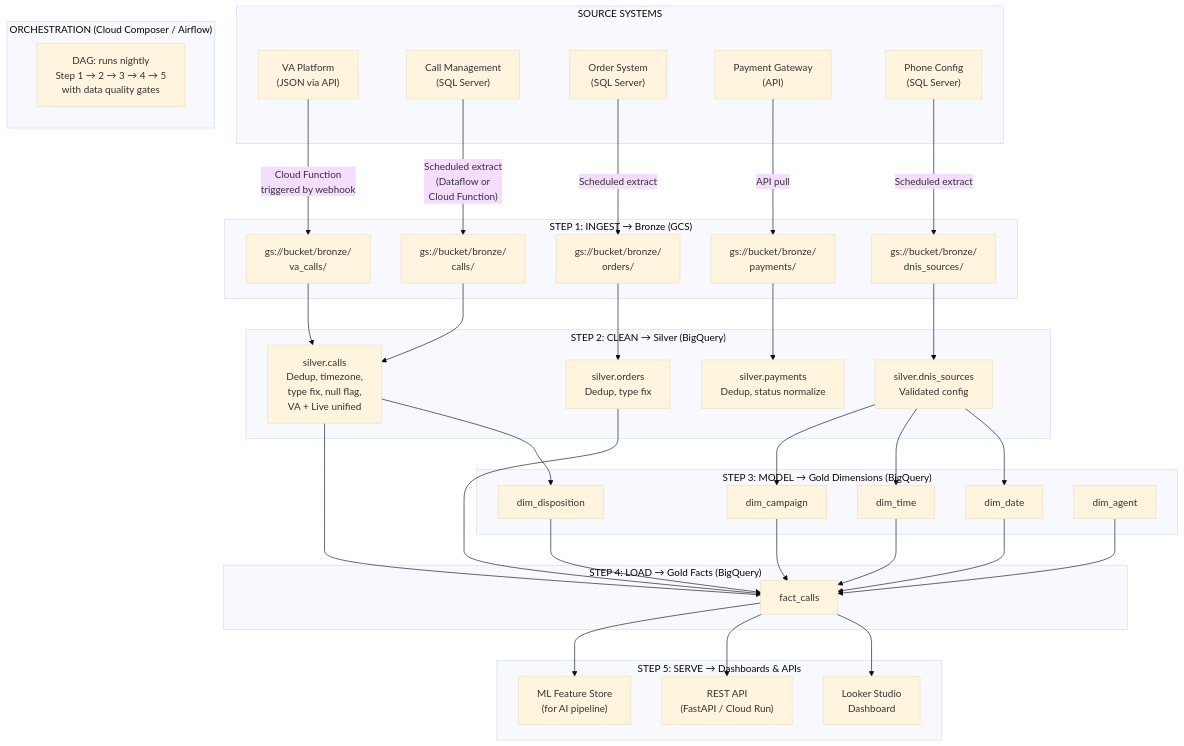
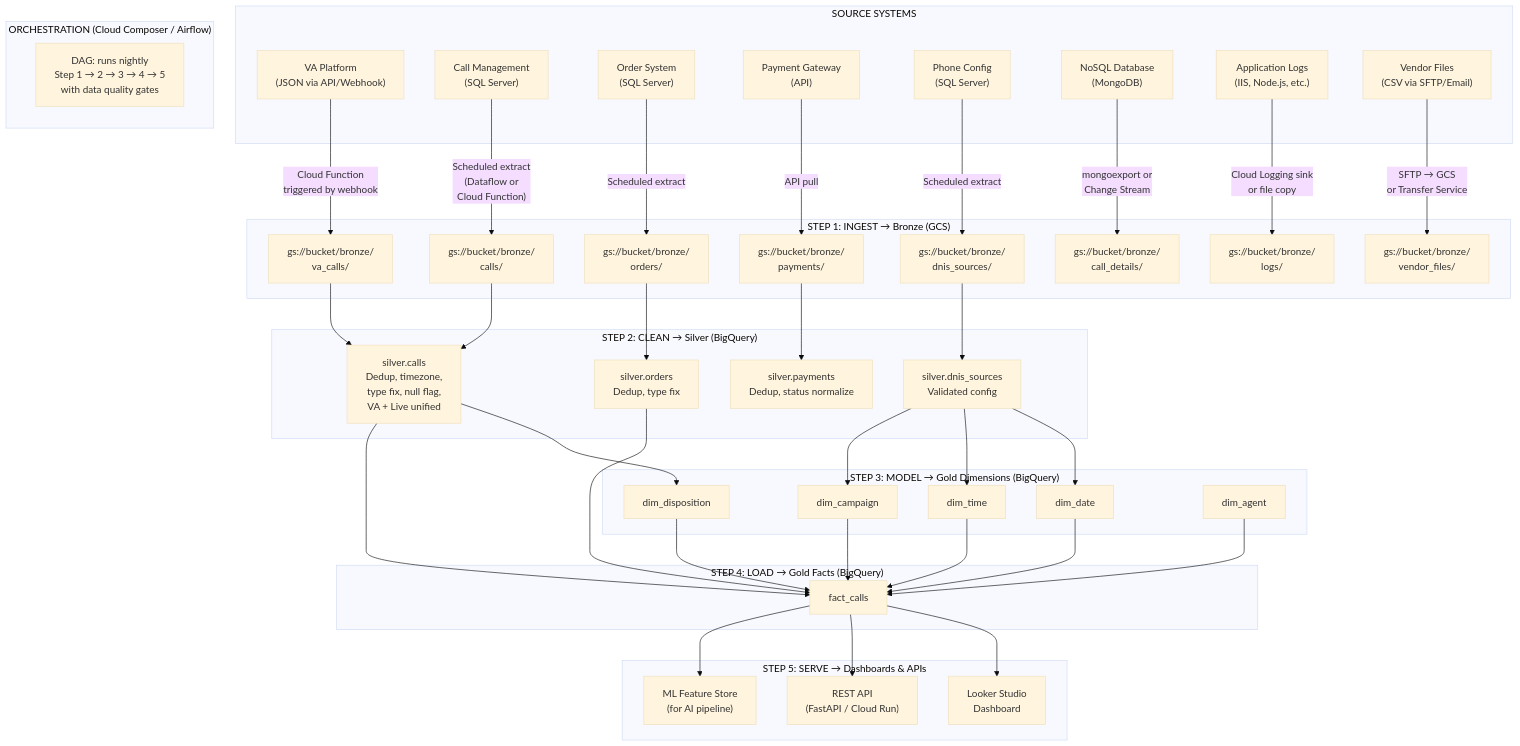
Before and after one commit to sunilmogadati/data-engineer-accelerator: the diagram in concepts/Star_Schema_Design/04_Pipeline_Process.md, drawn with Mermaid (base theme). The commit also changed other lines of this file, not shown here.

Commit message:
Add MongoDB/logs/vendor CSV ingestion, external tables (Athena equivalent), GCS folder date usage, when to use external vs native

````diff
--- a/concepts/Star_Schema_Design/04_Pipeline_Process.md
+++ b/concepts/Star_Schema_Design/04_Pipeline_Process.md
@@ -9,54 +9,60 @@
 ```mermaid
 graph TD
     subgraph "SOURCE SYSTEMS"
-        S1["VA Platform<br/>(JSON via API)"]
+        S1["VA Platform<br/>(JSON via API/Webhook)"]
         S2["Call Management<br/>(SQL Server)"]
         S3["Order System<br/>(SQL Server)"]
         S4["Payment Gateway<br/>(API)"]
         S5["Phone Config<br/>(SQL Server)"]
+        S6["NoSQL Database<br/>(MongoDB)"]
+        S7["Application Logs<br/>(IIS, Node.js, etc.)"]
+        S8["Vendor Files<br/>(CSV via SFTP/Email)"]
     end
 
     subgraph "STEP 1: INGEST → Bronze (GCS)"
         S1 -->|"Cloud Function<br/>triggered by webhook"| B1["gs://bucket/bronze/<br/>va_calls/"]
         S2 -->|"Scheduled extract<br/>(Dataflow or<br/>Cloud Function)"| B2["gs://bucket/bronze/<br/>calls/"]
         S3 -->|"Scheduled extract"| B3["gs://bucket/bronze/<br/>orders/"]
         S4 -->|"API pull"| B4["gs://bucket/bronze/<br/>payments/"]
         S5 -->|"Scheduled extract"| B5["gs://bucket/bronze/<br/>dnis_sources/"]
+        S6 -->|"mongoexport or<br/>Change Stream"| B6["gs://bucket/bronze/<br/>call_details/"]
+        S7 -->|"Cloud Logging sink<br/>or file copy"| B7["gs://bucket/bronze/<br/>logs/"]
+        S8 -->|"SFTP → GCS<br/>or Transfer Service"| B8["gs://bucket/bronze/<br/>vendor_files/"]
     end
 
     subgraph "STEP 2: CLEAN → Silver (BigQuery)"
         B1 --> SV["silver.calls<br/>Dedup, timezone,<br/>type fix, null flag,<br/>VA + Live unified"]
         B2 --> SV
         B3 --> SV2["silver.orders<br/>Dedup, type fix"]
         B4 --> SV3["silver.payments<br/>Dedup, status normalize"]
         B5 --> SV4["silver.dnis_sources<br/>Validated config"]
     end
 
     subgraph "STEP 3: MODEL → Gold Dimensions (BigQuery)"
         SV4 --> DIM1["dim_date"]
         SV4 --> DIM2["dim_time"]
         SV4 --> DIM3["dim_campaign"]
         SV --> DIM4["dim_disposition"]
         DIM5["dim_agent"]
     end
 
     subgraph "STEP 4: LOAD → Gold Facts (BigQuery)"
         SV --> FACT["fact_calls"]
         SV2 --> FACT
         DIM1 --> FACT
         DIM2 --> FACT
         DIM3 --> FACT
         DIM4 --> FACT
         DIM5 --> FACT
     end
 
     subgraph "STEP 5: SERVE → Dashboards & APIs"
         FACT --> DASH["Looker Studio<br/>Dashboard"]
         FACT --> API["REST API<br/>(FastAPI / Cloud Run)"]
         FACT --> ML["ML Feature Store<br/>(for AI pipeline)"]
     end
 
     subgraph "ORCHESTRATION (Cloud Composer / Airflow)"
         ORCH["DAG: runs nightly<br/>Step 1 → 2 → 3 → 4 → 5<br/>with data quality gates"]
     end
 ```
````
